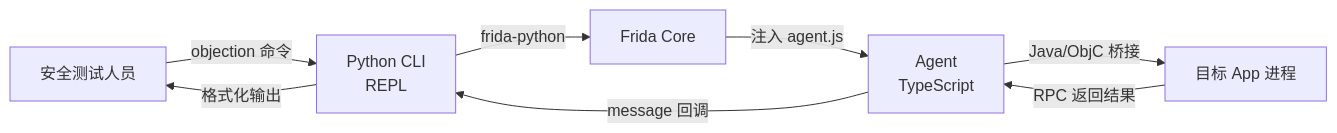
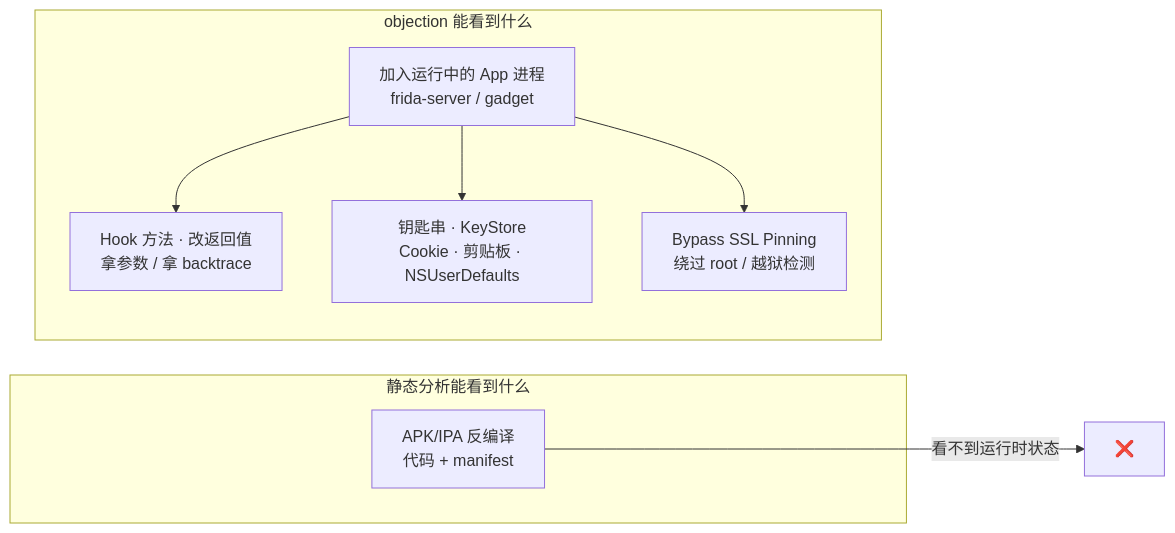
Before and after one commit to android-security-engineer/objection-skills: the first of 2 diagrams in website/index.md, drawn with Mermaid. The commit also changed other lines of this file and 26 other files, not shown here.

First line of the commit message:
docs(website): Android-styled homepage, agent-installation guide, and mermaid diagrams

````diff
--- a/website/index.md
+++ b/website/index.md
@@ -46,10 +49,16 @@
 ```mermaid
 flowchart LR
-    U[安全测试人员] -->|objection 命令| CLI[Python CLI<br/>REPL]
-    CLI -->|frida-python| FRIDA[Frida Core]
-    FRIDA -->|注入 agent.js| AGENT[Agent<br/>TypeScript]
-    AGENT -->|Java/ObjC 桥接| APP[目标 App 进程]
-    APP -->|RPC 返回结果| AGENT
-    AGENT -->|message 回调| CLI
-    CLI -->|格式化输出| U
+    subgraph 静态分析[静态分析能看到什么]
+        M[APK/IPA 反编译<br/>代码 + manifest]
+    end
+    subgraph 运行时测试[objection 能看到什么]
+        K[加入运行中的 App 进程<br/>frida-server / gadget]
+        H[Hook 方法 · 改返回值<br/>拿参数 / 拿 backtrace]
+        S[钥匙串 · KeyStore<br/>Cookie · 剪贴板 · NSUserDefaults]
+        P[Bypass SSL Pinning<br/>绕过 root / 越狱检测]
+    end
+    M -->|看不到运行时状态| X[❌]
+    K --> H
+    K --> S
+    K --> P
 ```
````
